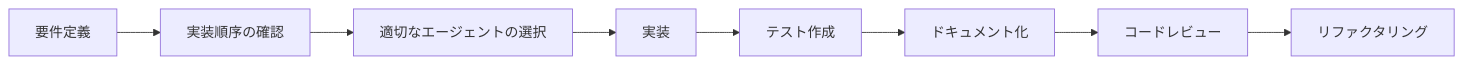
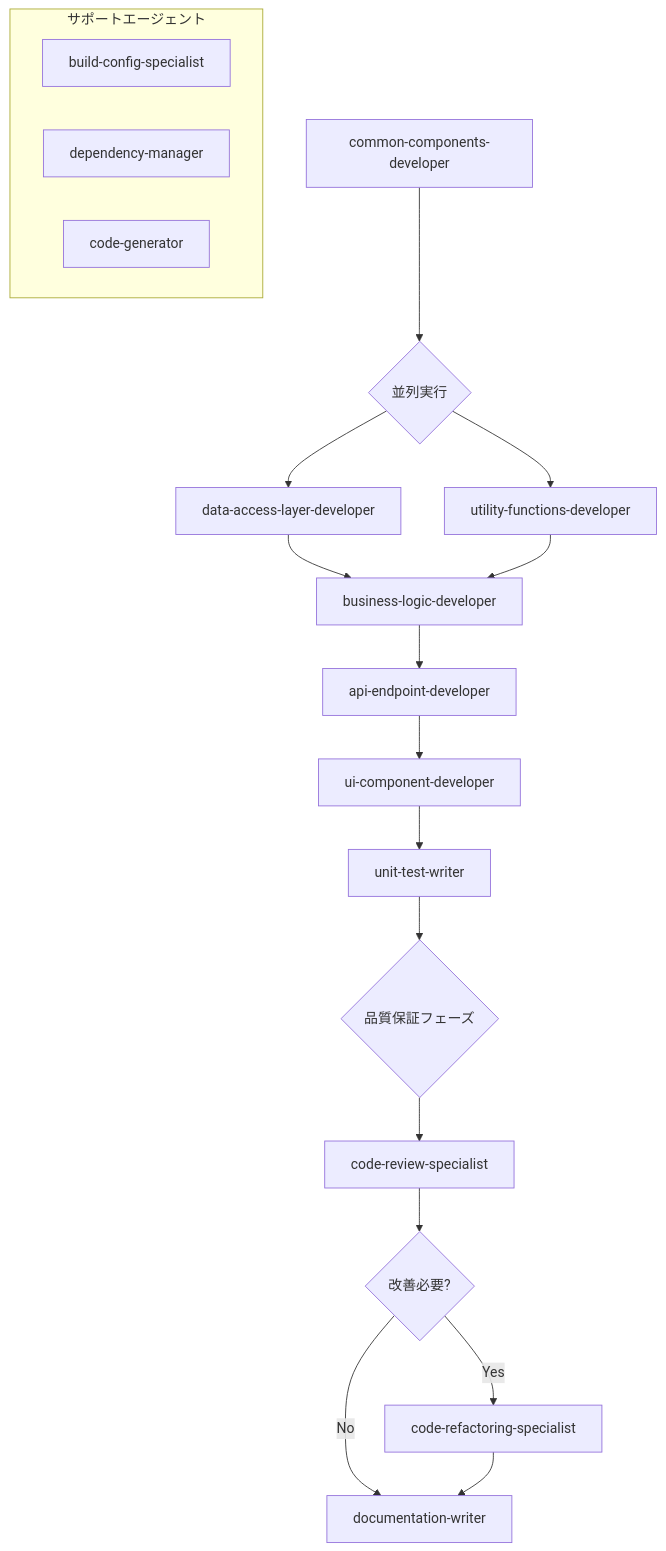
One commit to Tora29/salary-management changed the diagram in .claude/agents/04-Implementation/README.md. Above: the diagram before and after it, drawn with Mermaid. The commit also changed other lines of this file and 8 other files, not shown here.

````diff
--- a/.claude/agents/04-Implementation/README.md
+++ b/.claude/agents/04-Implementation/README.md
@@ -45,10 +8,26 @@
 ```mermaid
-graph LR
-    A[要件定義] --> B[実装順序の確認]
-    B --> C[適切なエージェントの選択]
-    C --> D[実装]
-    D --> E[テスト作成]
-    E --> F[ドキュメント化]
-    F --> G[コードレビュー]
-    G --> H[リファクタリング]
+graph TD
+    A[common-components-developer] --> B{並列実行}
+    B --> C[data-access-layer-developer]
+    B --> D[utility-functions-developer]
+
+    C --> E[business-logic-developer]
+    D --> E
+
+    E --> F[api-endpoint-developer]
+    F --> G[ui-component-developer]
+    G --> H[unit-test-writer]
+
+    H --> I{品質保証フェーズ}
+    I --> J[code-review-specialist]
+    J --> K{改善必要?}
+    K -->|Yes| L[code-refactoring-specialist]
+    K -->|No| M[documentation-writer]
+    L --> M
+
+    subgraph サポートエージェント
+        N[build-config-specialist]
+        O[dependency-manager]
+        P[code-generator]
+    end
 ```
````
